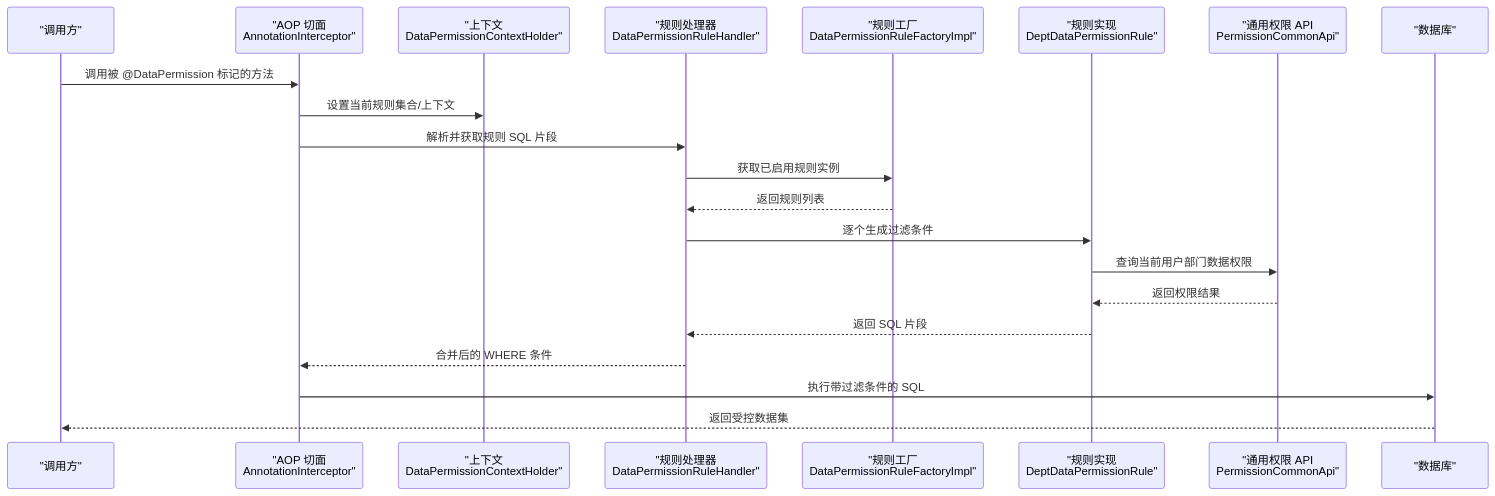
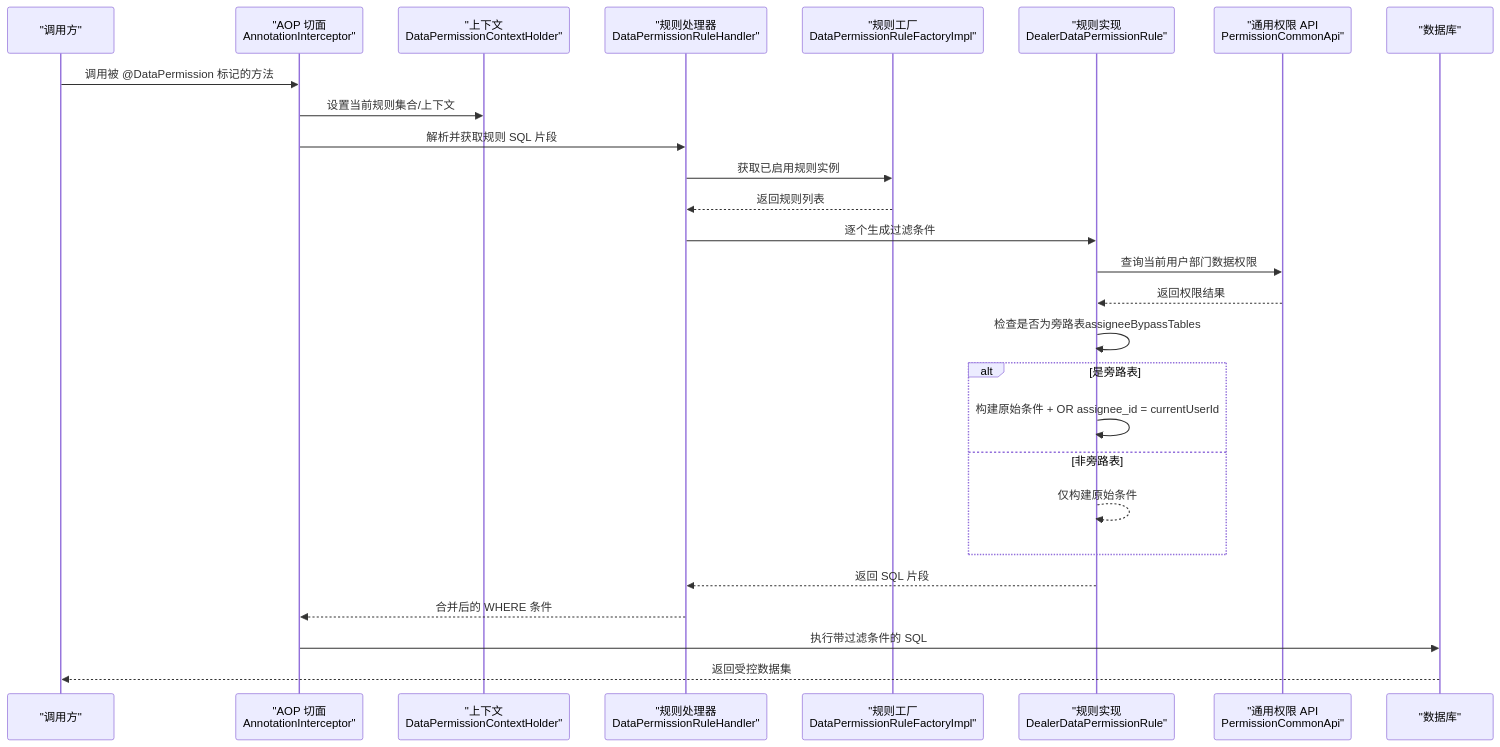
The second of 5 diagrams in .qoder/repowiki/zh/content/安全认证/数据权限.md (xiaoche80s-tech/rouyi-vue-pro), drawn with Mermaid before and after one commit. The commit also changed other lines of this file and 621 other files, not shown here.

````diff
--- a/.qoder/repowiki/zh/content/安全认证/数据权限.md
+++ b/.qoder/repowiki/zh/content/安全认证/数据权限.md
@@ -131,23 +139,29 @@
 ```mermaid
 sequenceDiagram
 participant C as "调用方"
 participant AOP as "AOP 切面<br/>AnnotationInterceptor"
 participant CTX as "上下文<br/>DataPermissionContextHolder"
 participant RH as "规则处理器<br/>DataPermissionRuleHandler"
 participant RF as "规则工厂<br/>DataPermissionRuleFactoryImpl"
-participant R as "规则实现<br/>DeptDataPermissionRule"
+participant R as "规则实现<br/>DealerDataPermissionRule"
 participant API as "通用权限 API<br/>PermissionCommonApi"
 participant DB as "数据库"
 C->>AOP : 调用被 @DataPermission 标记的方法
 AOP->>CTX : 设置当前规则集合/上下文
 AOP->>RH : 解析并获取规则 SQL 片段
 RH->>RF : 获取已启用规则实例
 RF-->>RH : 返回规则列表
 RH->>R : 逐个生成过滤条件
 R->>API : 查询当前用户部门数据权限
 API-->>R : 返回权限结果
+R->>R : 检查是否为旁路表assigneeBypassTables
+alt 是旁路表
+R->>R : 构建原始条件 + OR assignee_id = currentUserId
+else 非旁路表
+R-->>R : 仅构建原始条件
+end
 R-->>RH : 返回 SQL 片段
 RH-->>AOP : 合并后的 WHERE 条件
 AOP->>DB : 执行带过滤条件的 SQL
 DB-->>C : 返回受控数据集
 ```
````
